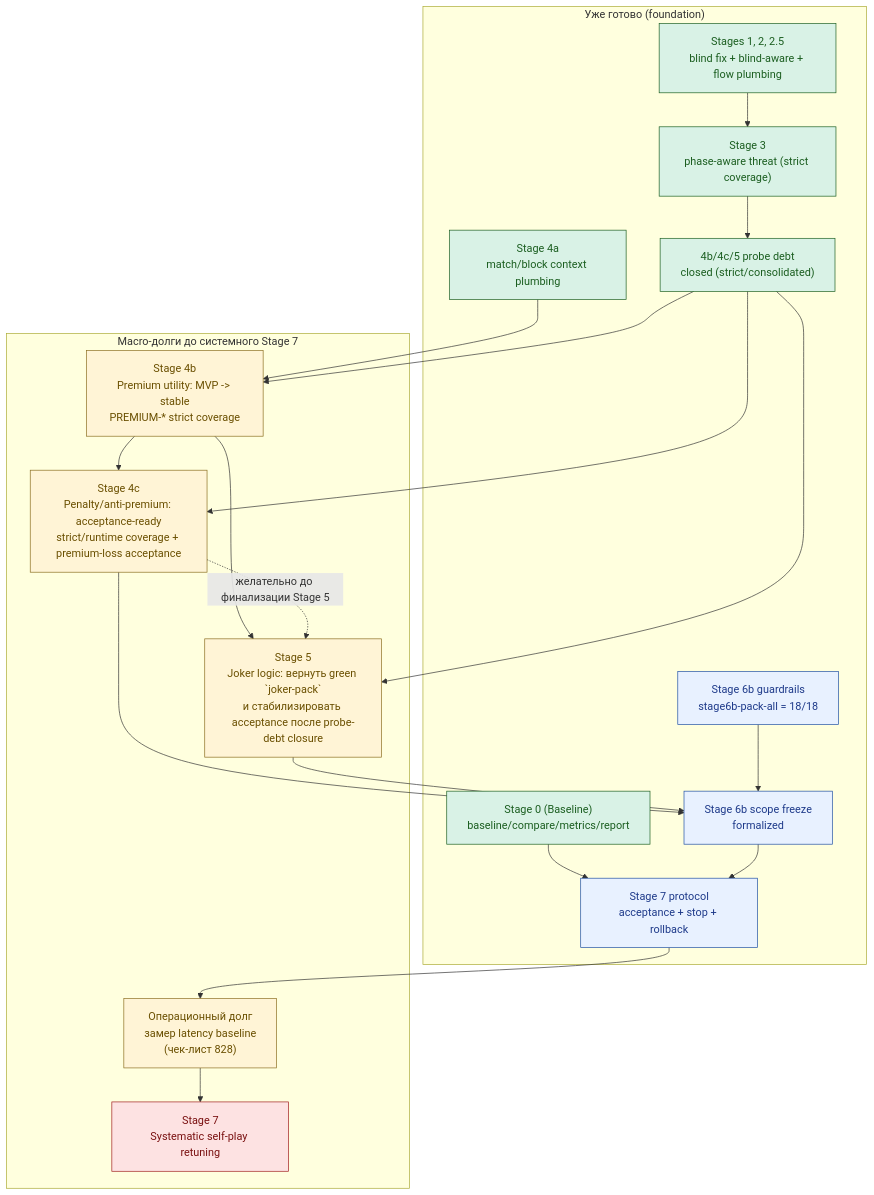
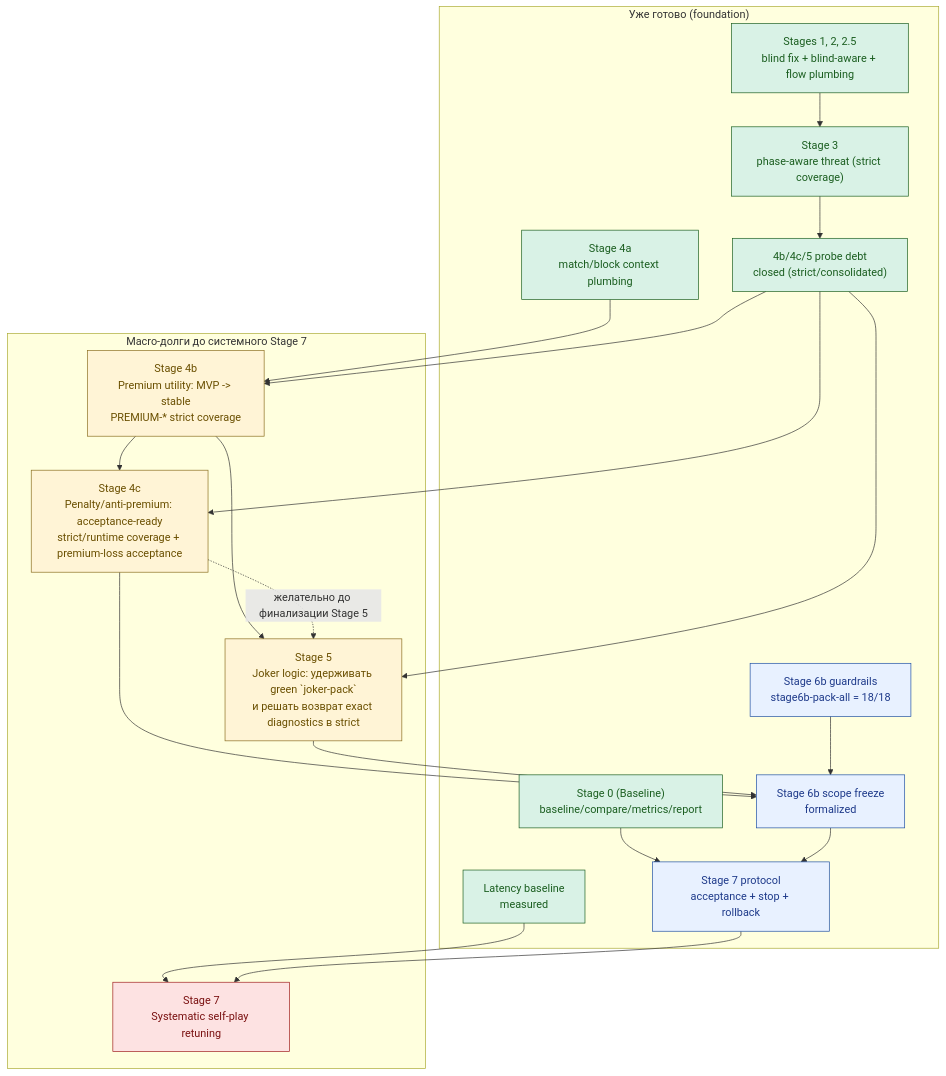
The diagram in BOT_AI_IMPROVEMENT_PLAN.md (chaniev/jocker), drawn with Mermaid before and after one commit. The commit also changed other lines of this file and 4 other files, not shown here.

````diff
--- a/BOT_AI_IMPROVEMENT_PLAN.md
+++ b/BOT_AI_IMPROVEMENT_PLAN.md
@@ -91,50 +91,50 @@
 ```mermaid
 flowchart TD
     subgraph DONE["Уже готово (foundation)"]
       F0["Stage 0 (Baseline)<br/>baseline/compare/metrics/report"]
       F1["Stages 1, 2, 2.5<br/>blind fix + blind-aware + flow plumbing"]
       F3["Stage 3<br/>phase-aware threat (strict coverage)"]
       F4a["Stage 4a<br/>match/block context plumbing"]
       F45probe["4b/4c/5 probe debt<br/>closed (strict/consolidated)"]
       F6g["Stage 6b guardrails<br/>stage6b-pack-all = 18/18"]
       F6freeze["Stage 6b scope freeze<br/>formalized"]
       F7proto["Stage 7 protocol<br/>acceptance + stop + rollback"]
+      FLat["Latency baseline<br/>measured"]
     end
 
     subgraph DEBT["Macro-долги до системного Stage 7"]
       D4b["Stage 4b<br/>Premium utility: MVP -> stable<br/>PREMIUM-* strict coverage"]
       D4c["Stage 4c<br/>Penalty/anti-premium: acceptance-ready<br/>strict/runtime coverage + premium-loss acceptance"]
-      D5["Stage 5<br/>Joker logic: вернуть green `joker-pack`<br/>и стабилизировать acceptance после probe-debt closure"]
-      Lat["Операционный долг<br/>замер latency baseline<br/>(чек-лист 828)"]
+      D5["Stage 5<br/>Joker logic: удерживать green `joker-pack`<br/>и решать возврат exact diagnostics в strict"]
       Run7["Stage 7<br/>Systematic self-play retuning"]
     end
 
     F1 --> F3
     F3 --> F45probe
     F4a --> D4b
     F45probe --> D4b
     F45probe --> D4c
     F45probe --> D5
     F6g --> F6freeze
     F0 --> F7proto
+    FLat --> Run7
 
     D4b --> D4c
     D4b --> D5
     D4c -. желательно до финализации Stage 5 .-> D5
 
     D4c --> F6freeze
     D5 --> F6freeze
     F6freeze --> F7proto
-    F7proto --> Lat
-    Lat --> Run7
+    F7proto --> Run7
 
     classDef done fill:#d9f2e6,stroke:#1b5e20,color:#1b5e20;
     classDef gate fill:#e8f1ff,stroke:#1e4fa3,color:#1e3a8a;
     classDef debt fill:#fff4d6,stroke:#8a6d1f,color:#6a4f00;
     classDef target fill:#fde2e2,stroke:#9f1d1d,color:#7a1111;
 
-    class F0,F1,F3,F4a,F45probe done;
+    class F0,F1,F3,F4a,F45probe,FLat done;
     class F6g,F6freeze,F7proto gate;
-    class D4b,D4c,D5,Lat debt;
+    class D4b,D4c,D5 debt;
     class Run7 target;
 ```
````
